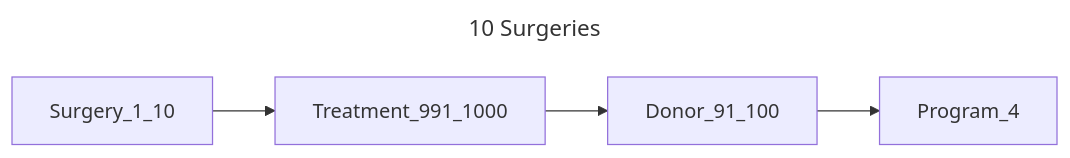
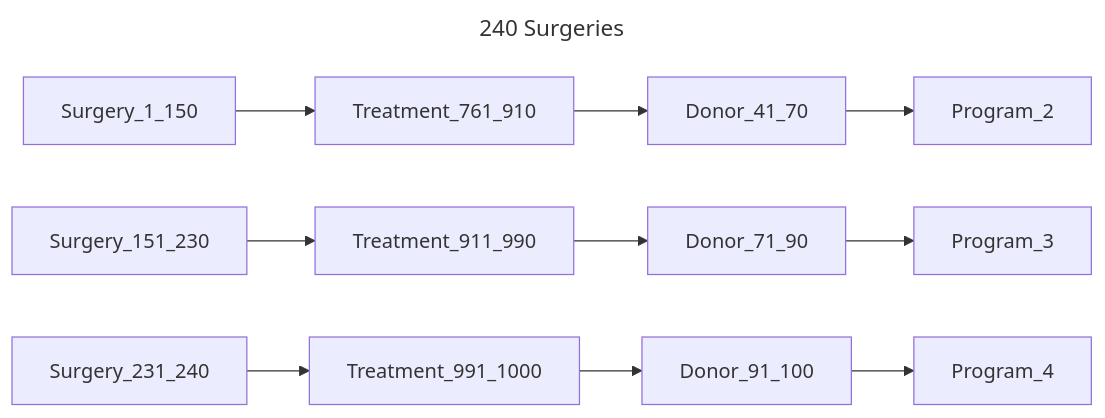
The tenth of 14 diagrams in chord_metadata_service/mohpackets/data/medium_dataset/README.md (bento-platform/katsu), drawn with Mermaid before and after one commit. The commit also changed other lines of this file, not shown here.

````diff
--- a/chord_metadata_service/mohpackets/data/medium_dataset/README.md
+++ b/chord_metadata_service/mohpackets/data/medium_dataset/README.md
@@ -118,7 +118,9 @@
 ```mermaid
 ---
-title: 10 Surgeries
+title: 240 Surgeries
 ---
 graph LR;  
-  Surgery_1_10 --> Treatment_991_1000 --> Donor_91_100 --> Program_4; 
+  Surgery_1_150 --> Treatment_761_910 --> Donor_41_70 --> Program_2;
+  Surgery_151_230 --> Treatment_911_990 --> Donor_71_90 --> Program_3;
+  Surgery_231_240 --> Treatment_991_1000 --> Donor_91_100 --> Program_4;
 ```
````
